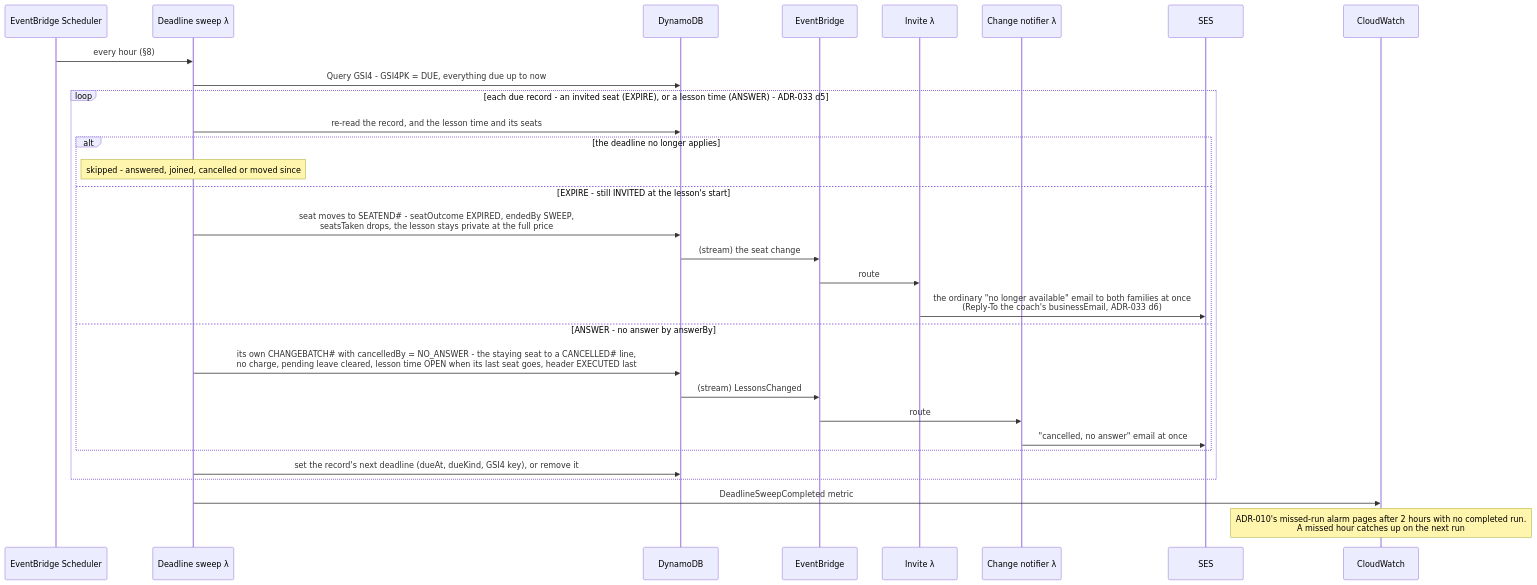
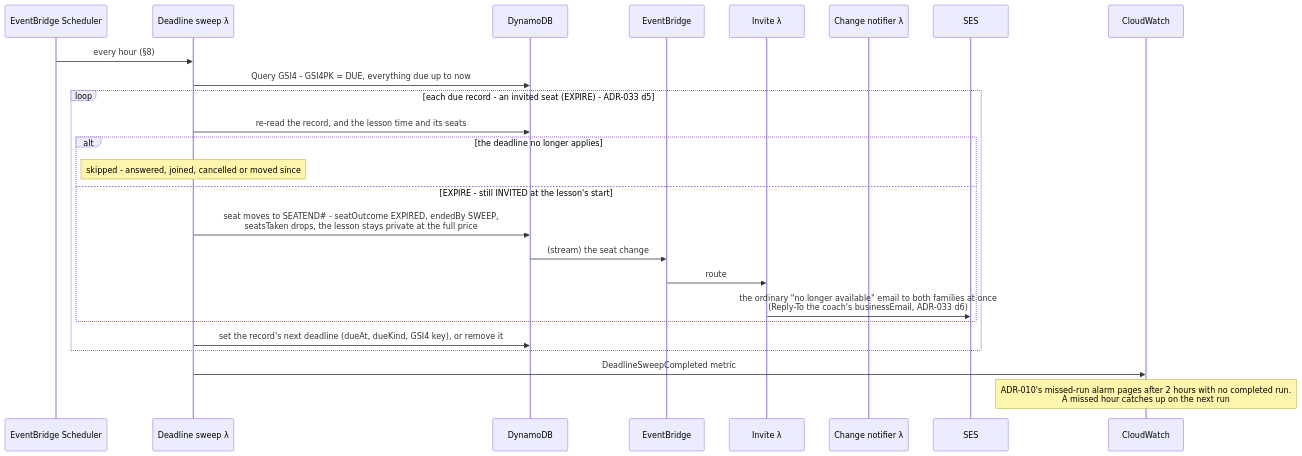
One commit to jessicamvega6/bladebook changed diagram 21 of 31 in docs/architecture.md. Above: the diagram before and after it, drawn with Mermaid. The commit also changed other lines of this file and 36 other files, not shown here.

First line of the commit message:
Shared lessons: an in-time leave re-prices the staying skater at once; silence keeps the lesson

````diff
--- a/docs/architecture.md
+++ b/docs/architecture.md
@@ -1788,32 +1786,27 @@
 ```mermaid
 sequenceDiagram
     participant Sch as EventBridge Scheduler
     participant Sw as Deadline sweep λ
     participant DB as DynamoDB
     participant Bus as EventBridge
     participant Inv as Invite λ
     participant N as Change notifier λ
     participant SES as SES
     participant CW as CloudWatch
     Sch->>Sw: every hour (§8)
     Sw->>DB: Query GSI4 - GSI4PK = DUE, everything due up to now
-    loop each due record - an invited seat (EXPIRE), or a lesson time (ANSWER) - ADR-033 d5
+    loop each due record - an invited seat (EXPIRE) - ADR-033 d5
         Sw->>DB: re-read the record, and the lesson time and its seats
         alt the deadline no longer applies
             Note over Sw: skipped - answered, joined, cancelled or moved since
         else EXPIRE - still INVITED at the lesson's start
             Sw->>DB: seat moves to SEATEND#35; - seatOutcome EXPIRED, endedBy SWEEP,<br/>seatsTaken drops, the lesson stays private at the full price
             DB->>Bus: (stream) the seat change
             Bus->>Inv: route
             Inv->>SES: the ordinary "no longer available" email to both families at once<br/>(Reply-To the coach's businessEmail, ADR-033 d6)
-        else ANSWER - no answer by answerBy
-            Sw->>DB: its own CHANGEBATCH#35; with cancelledBy = NO_ANSWER - the staying seat to a CANCELLED#35; line,<br/>no charge, pending leave cleared, lesson time OPEN when its last seat goes, header EXECUTED last
-            DB->>Bus: (stream) LessonsChanged
-            Bus->>N: route
-            N->>SES: "cancelled, no answer" email at once
         end
         Sw->>DB: set the record's next deadline (dueAt, dueKind, GSI4 key), or remove it
     end
     Sw->>CW: DeadlineSweepCompleted metric
     Note over CW: ADR-010's missed-run alarm pages after 2 hours with no completed run.<br/>A missed hour catches up on the next run
 ```
````
